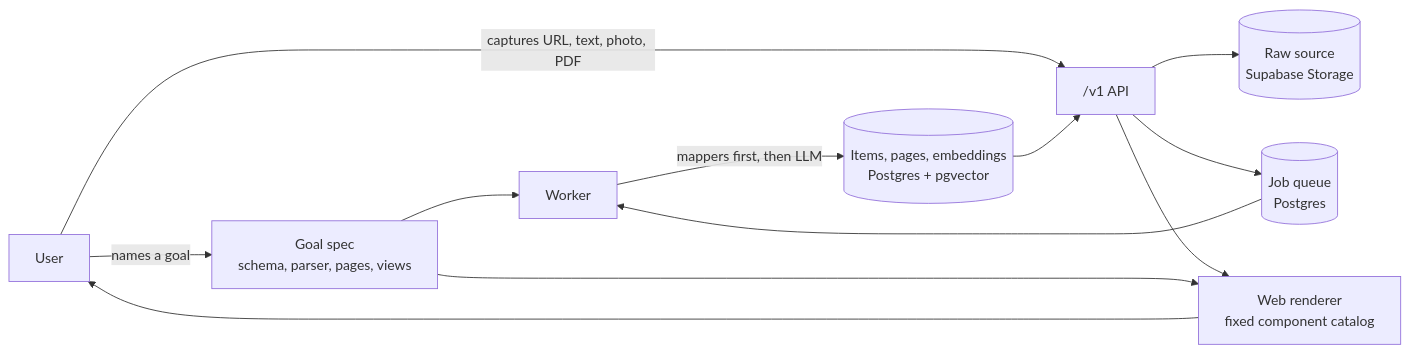
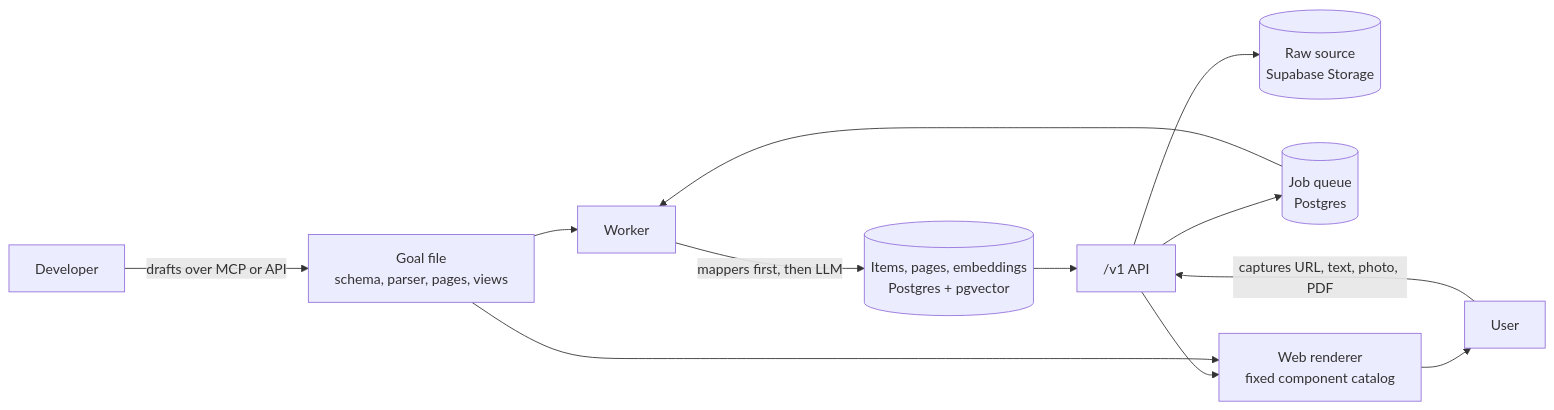
One commit to Trivet-Software/cauldron changed the diagram in README.md. Above: the diagram before and after it, drawn with Mermaid. The commit also changed other lines of this file and 15 other files, not shown here.

First line of the commit message:
docs: align requirements with the developer/end-user product model (#8)

````diff
--- a/README.md
+++ b/README.md
@@ -22,14 +35,14 @@
 ```mermaid
 flowchart LR
-    U[User] -->|names a goal| G[Goal spec<br/>schema, parser, pages, views]
-    U -->|captures URL, text, photo, PDF| API["/v1 API"]
+    D[Developer] -->|drafts over MCP or API| G[Goal file<br/>schema, parser, pages, views]
+    U[User] -->|captures URL, text, photo, PDF| API["/v1 API"]
     API --> S[(Raw source<br/>Supabase Storage)]
     API --> Q[(Job queue<br/>Postgres)]
     Q --> W[Worker]
     G --> W
     W -->|mappers first, then LLM| I[(Items, pages, embeddings<br/>Postgres + pgvector)]
     I --> API
     API --> R[Web renderer<br/>fixed component catalog]
     G --> R
     R --> U
 ```
````
